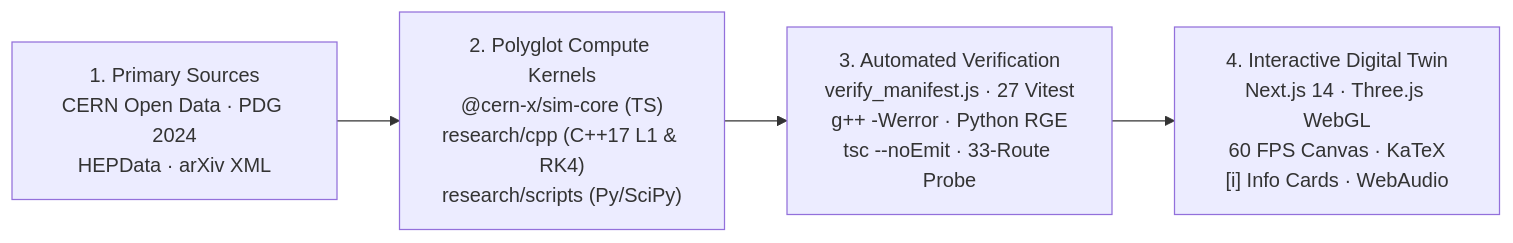
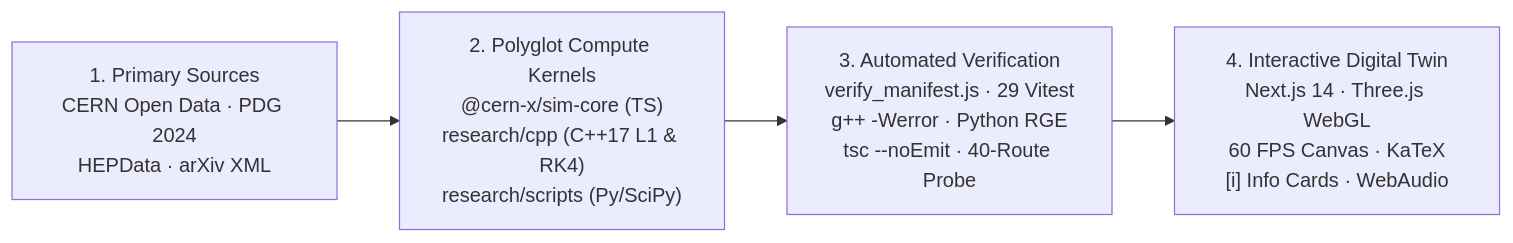
Before and after one commit to Premchandyadav369/CERN: the diagram in README.md, drawn with Mermaid. The commit also changed other lines of this file and 2 other files, not shown here.

````diff
--- a/README.md
+++ b/README.md
@@ -48,6 +48,6 @@
 ```mermaid
 flowchart LR
   S["1. Primary Sources\nCERN Open Data · PDG 2024\nHEPData · arXiv XML"] --> K["2. Polyglot Compute Kernels\n@cern-x/sim-core (TS)\nresearch/cpp (C++17 L1 & RK4)\nresearch/scripts (Py/SciPy)"]
-  K --> G["3. Automated Verification\nverify_manifest.js · 27 Vitest\ng++ -Werror · Python RGE\ntsc --noEmit · 33-Route Probe"]
+  K --> G["3. Automated Verification\nverify_manifest.js · 29 Vitest\ng++ -Werror · Python RGE\ntsc --noEmit · 40-Route Probe"]
   G --> UI["4. Interactive Digital Twin\nNext.js 14 · Three.js WebGL\n60 FPS Canvas · KaTeX\n[i] Info Cards · WebAudio"]
 ```
````
